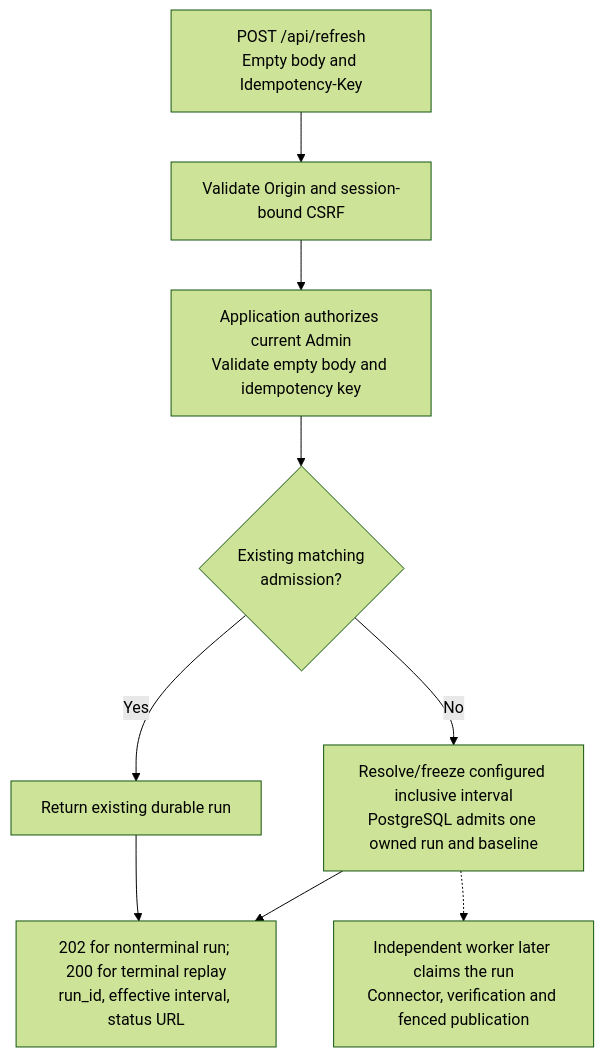
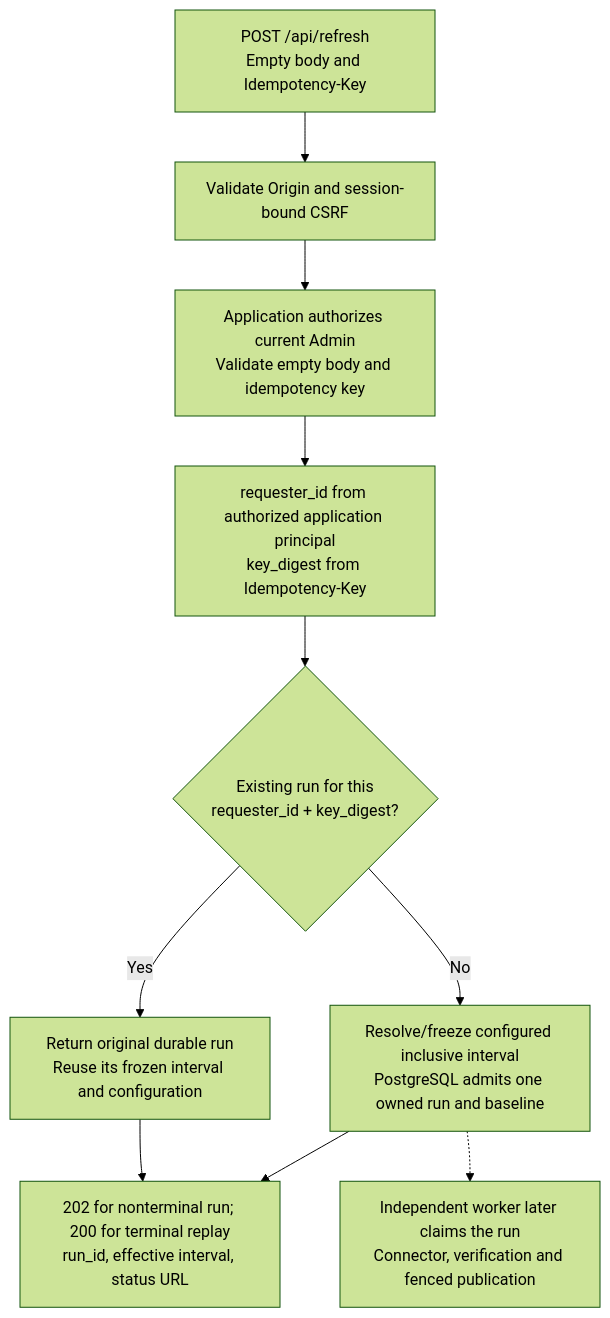
Before and after one commit to PedroEdu6786/outage-explorer: the ninth of 11 diagrams in docs/context/diagrams/endpoints.md, drawn with Mermaid (forest theme). The commit also changed other lines of this file and 3 other files, not shown here.

First line of the commit message:
docs(project): simplify architecture guides and refresh replay flow

````diff
--- a/docs/context/diagrams/endpoints.md
+++ b/docs/context/diagrams/endpoints.md
@@ -165,11 +165,12 @@
 ```mermaid
 flowchart TD
     Request["POST /api/refresh<br/>Empty body and Idempotency-Key"] --> Transport["Validate Origin and session-bound CSRF"]
     Transport --> Access["Application authorizes current Admin<br/>Validate empty body and idempotency key"]
-    Access --> Replay{"Existing matching<br/>admission?"}
-    Replay -->|"Yes"| Existing["Return existing durable run"]
+    Access --> Identity["requester_id from authorized application principal<br/>key_digest from Idempotency-Key"]
+    Identity --> Replay{"Existing run for this<br/>requester_id + key_digest?"}
+    Replay -->|"Yes"| Existing["Return original durable run<br/>Reuse its frozen interval and configuration"]
     Replay -->|"No"| Admit["Resolve/freeze configured inclusive interval<br/>PostgreSQL admits one owned run and baseline"]
     Existing --> Receipt["202 for nonterminal run; 200 for terminal replay<br/>run_id, effective interval, status URL"]
     Admit --> Receipt
     Admit -.-> Worker["Independent worker later claims the run<br/>Connector, verification and fenced publication"]
 ```
````
